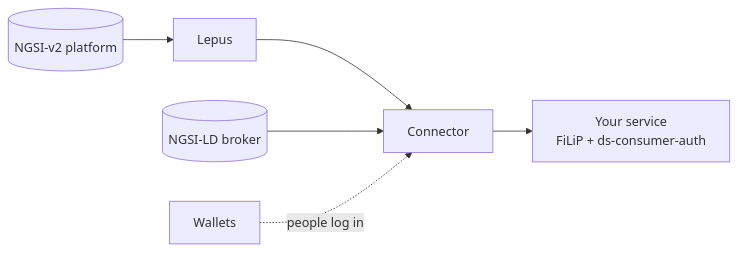
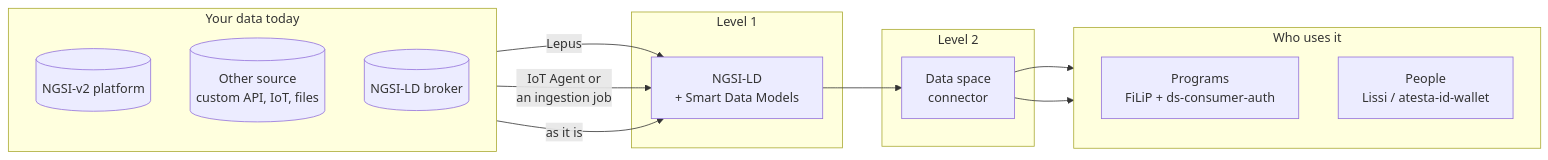
The diagram in docs/toolbox/index.md (CitComAI-Hub/CitComAI-Hub.github.io), drawn with Mermaid before and after one commit. The commit also changed other lines of this file, not shown here.

Commit message:
docs(toolbox): generic summary diagram by interoperability level
The diagram starts from where the data is today (NGSI-v2 platform,
another source or an NGSI-LD broker), shows the tool that takes each
one to level 1, the connector for level 2 and who uses the data.
Valencia becomes an example under the diagram.

````diff
--- a/docs/toolbox/index.md
+++ b/docs/toolbox/index.md
@@ -10,8 +12,26 @@
 ```mermaid
 flowchart LR
-    V2[("NGSI-v2 platform")] --> LE["Lepus"]
-    LE --> CON["Connector"]
-    LD[("NGSI-LD broker")] --> CON
-    CON --> APP["Your service<br/>FiLiP + ds-consumer-auth"]
-    W["Wallets"] -. "people log in" .-> CON
+    subgraph TODAY["Your data today"]
+        direction TB
+        V2[("NGSI-v2 platform")]
+        OT[("Other source<br/>custom API, IoT, files")]
+        LDN[("NGSI-LD broker")]
+    end
+    subgraph L1["Level 1"]
+        LD["NGSI-LD<br/>+ Smart Data Models"]
+    end
+    subgraph L2["Level 2"]
+        CON["Data space<br/>connector"]
+    end
+    subgraph USE["Who uses it"]
+        direction TB
+        PRG["Programs<br/>FiLiP + ds-consumer-auth"]
+        PPL["People<br/>Lissi / atesta-id-wallet"]
+    end
+    V2 -- "Lepus" --> LD
+    OT -- "IoT Agent or<br/>an ingestion job" --> LD
+    LDN -- "as it is" --> LD
+    LD --> CON
+    CON --> PRG
+    CON --> PPL
 ```
````
